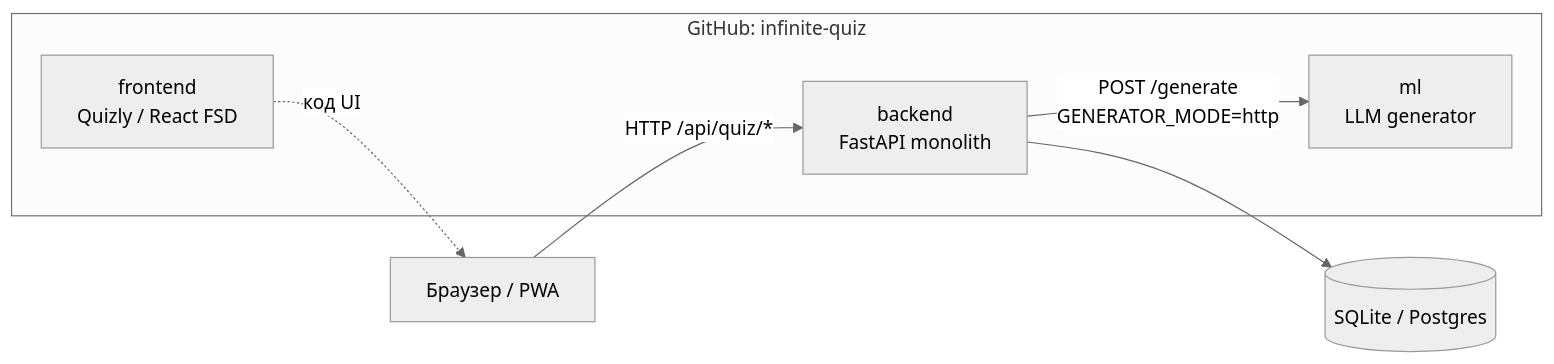
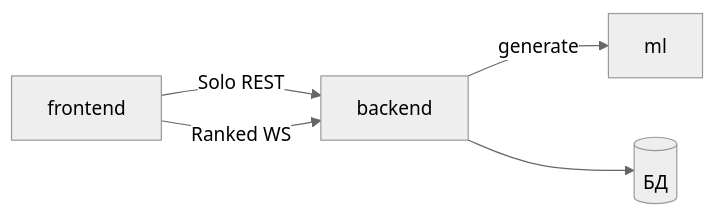
The first of 4 diagrams in README.md (infinite-quiz/backend), drawn with Mermaid (neutral theme) before and after one commit. The commit also changed other lines of this file and 3 other files, not shown here.

Commit message:
Update docs for solo REST and ranked WebSocket

````diff
--- a/README.md
+++ b/README.md
@@ -10,13 +11,7 @@
 ```mermaid
 flowchart LR
-  subgraph Org["GitHub: infinite-quiz"]
-    FE["frontend<br/>Quizly / React FSD"]
-    BE["backend<br/>FastAPI monolith"]
-    ML["ml<br/>LLM generator"]
-  end
-
-  Browser["Браузер / PWA"] -->|HTTP /api/quiz/*| BE
-  FE -.->|код UI| Browser
-  BE -->|POST /generate<br/>GENERATOR_MODE=http| ML
-  BE --> DB[(SQLite / Postgres)]
+  FE["frontend"] -->|Solo REST| BE["backend"]
+  FE -->|Ranked WS| BE
+  BE -->|generate| ML["ml"]
+  BE --> DB[(БД)]
 ```
````
